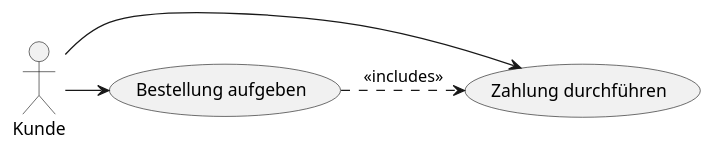
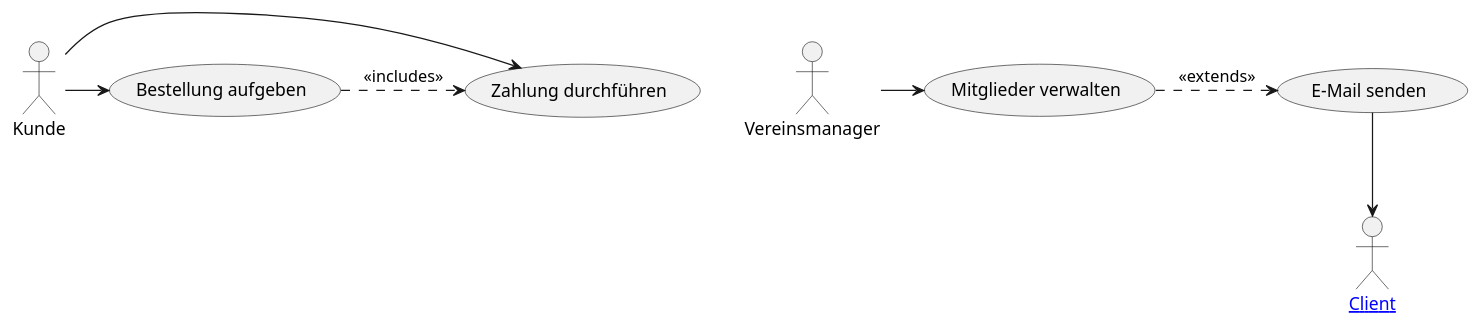
One commit to theEdguy/Obsidian changed the diagram in zettel/Use_Case_Analyse.md. Above: the diagram before and after it, drawn with PlantUML. The commit also changed other lines of this file and 490 other files, not shown here.

```diff
--- a/zettel/Use_Case_Analyse.md
+++ b/zettel/Use_Case_Analyse.md
@@ -19,6 +23,13 @@
 @startuml
 actor Kunde
+actor Vereinsmanager
+actor Mail_Client as "[[Mail_Client|Mail Client]]"
+
 Kunde -> (Bestellung aufgeben)
 Kunde -> (Zahlung durchführen)
 (Bestellung aufgeben) .> (Zahlung durchführen) : <<includes>>
+
+Vereinsmanager -> (Mitglieder verwalten)
+(Mitglieder verwalten) .> (E-Mail senden) : <<extends>>
+(E-Mail senden) --> Mail_Client
 @enduml
```
